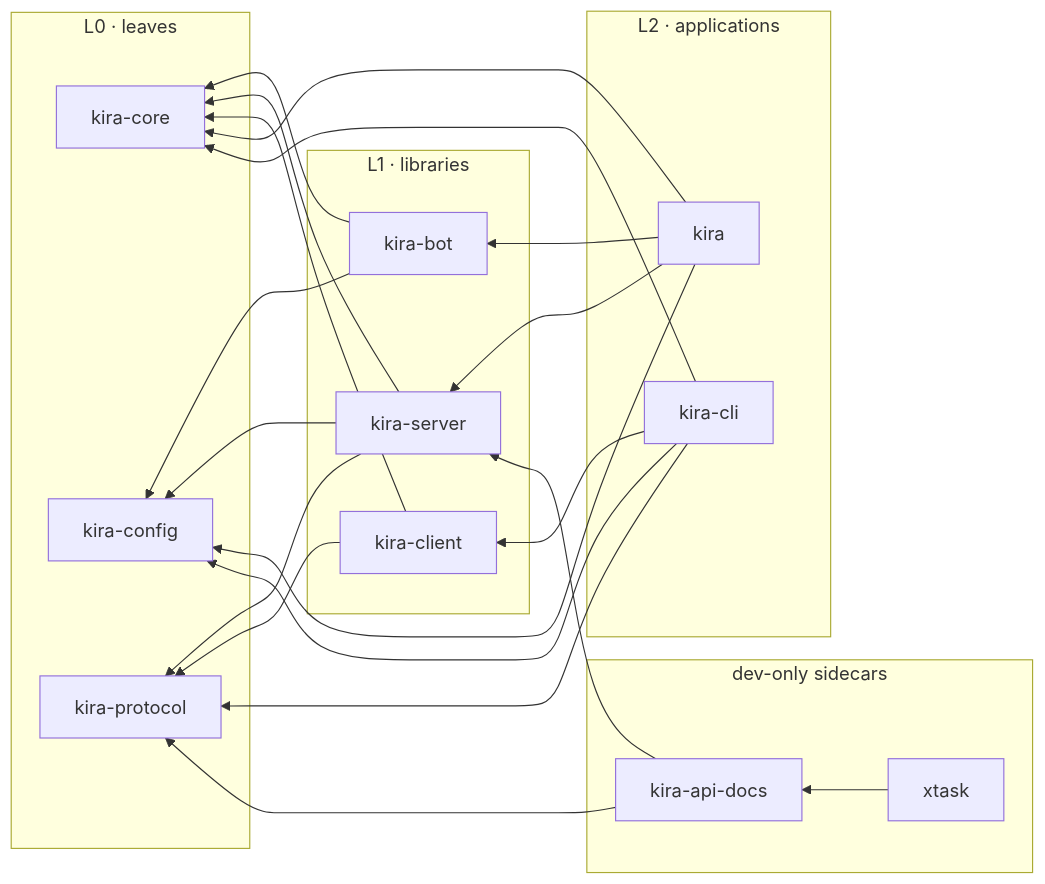
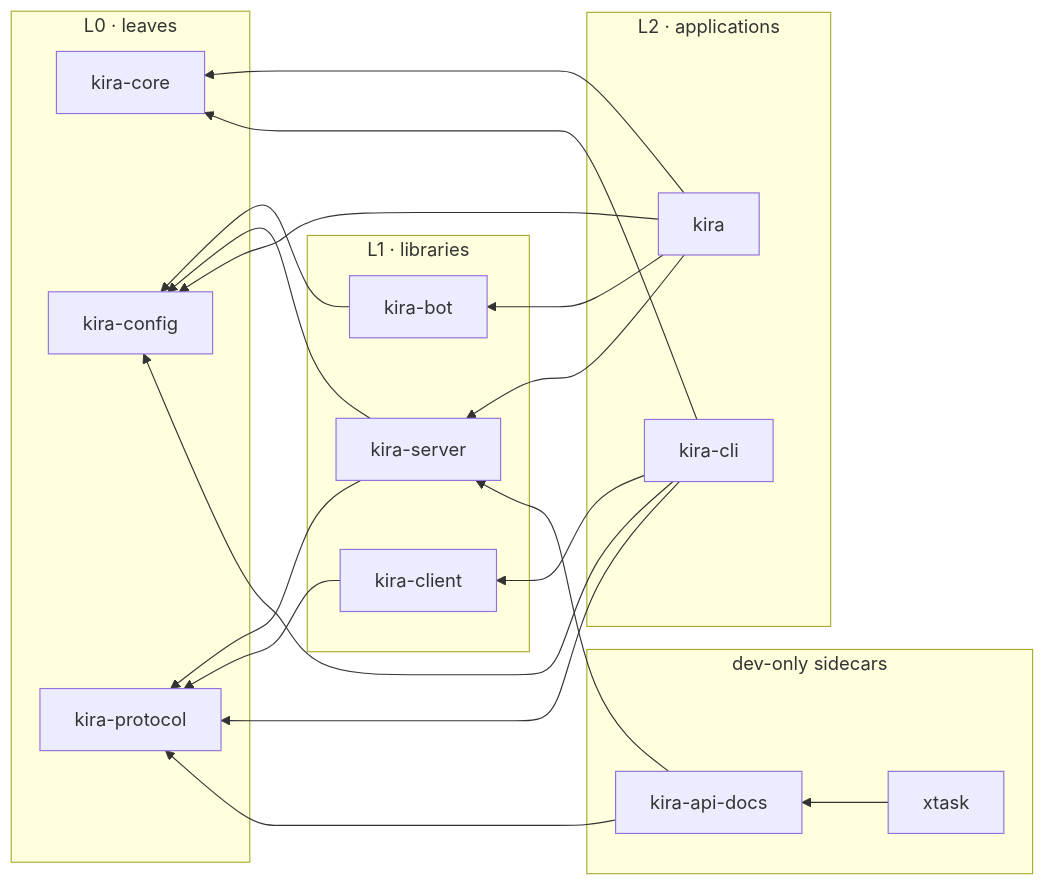
The second of 3 diagrams in docs/architecture.md (merzen-sh/kira), drawn with Mermaid before and after one commit. The commit also changed other lines of this file and 34 other files, not shown here.

````diff
--- a/docs/architecture.md
+++ b/docs/architecture.md
@@ -75,45 +75,42 @@
 ```mermaid
 flowchart RL
     subgraph L0["L0 · leaves"]
         CORE["kira-core"]
         CONFIG["kira-config"]
         PROTOCOL["kira-protocol"]
     end
 
     subgraph L1["L1 · libraries"]
         BOT["kira-bot"]
         SERVER["kira-server"]
         CLIENT["kira-client"]
     end
 
     subgraph L2["L2 · applications"]
         KIRA["kira"]
         CLI["kira-cli"]
     end
 
     subgraph DEV["dev-only sidecars"]
         DOCS["kira-api-docs"]
         XTASK["xtask"]
     end
 
-    BOT --> CORE
     BOT --> CONFIG
-    SERVER --> CORE
     SERVER --> CONFIG
     SERVER --> PROTOCOL
-    CLIENT --> CORE
     CLIENT --> PROTOCOL
 
     KIRA --> BOT
     KIRA --> SERVER
     KIRA --> CONFIG
     KIRA --> CORE
     CLI --> CLIENT
     CLI --> CONFIG
     CLI --> CORE
     CLI --> PROTOCOL
 
     DOCS --> SERVER
     DOCS --> PROTOCOL
     XTASK --> DOCS
 ```
````
